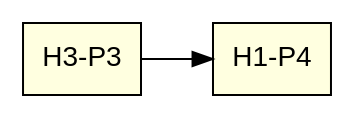
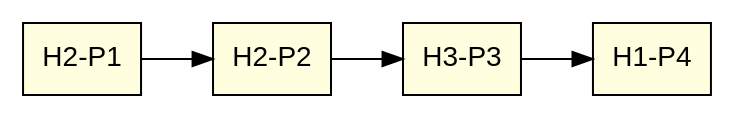
The diagram in 1_Grafica.dot (Javier-201906795/IPC2_Proyecto2_201906795), drawn with Graphviz before and after one commit. The commit also changed 2 other files, not shown here.

```diff
--- a/1_Grafica.dot
+++ b/1_Grafica.dot
@@ -1,15 +1,25 @@
 digraph ColaPacientes {
     graph [rankdir=LR];
     node [shape=box, style=filled, fillcolor=lightyellow, fontname="Helvetica"];
 
     
 
-        n1 [label="H3-P3"];
+        n1 [label="H2-P1"];
 
     
-        n2 [label="H1-P4"];
+        n2 [label="H2-P2"];
+
+    
+        n3 [label="H3-P3"];
+
+    
+        n4 [label="H1-P4"];
 
     
             n1 -> n2;
         
+            n2 -> n3;
+        
+            n3 -> n4;
+        
 }
```
